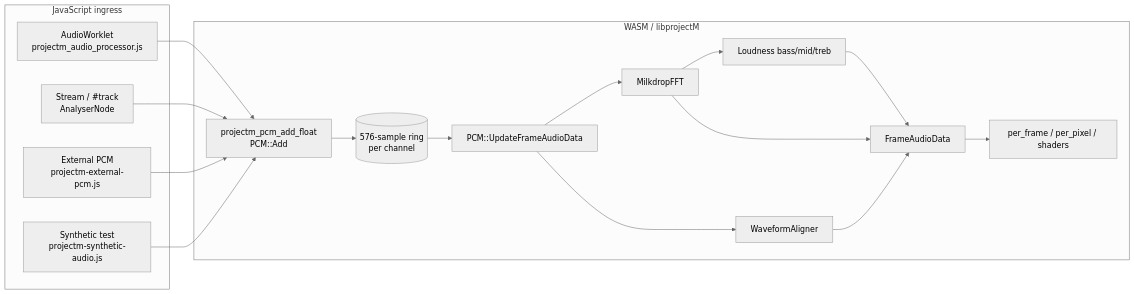
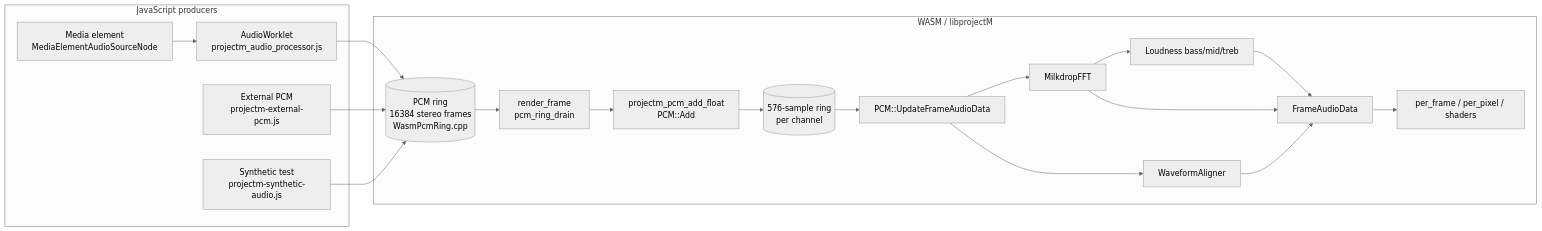
The diagram in docs/AUDIO_PIPELINE.md (ford442/Project-M), drawn with Mermaid (neutral theme) before and after one commit. The commit also changed other lines of this file and 36 other files, not shown here.

````diff
--- a/docs/AUDIO_PIPELINE.md
+++ b/docs/AUDIO_PIPELINE.md
@@ -9,31 +9,35 @@
 ```mermaid
 flowchart LR
-  subgraph ingress [JavaScript ingress]
+  subgraph ingress [JavaScript producers]
     WL[AudioWorklet\nprojectm_audio_processor.js]
-    ST[Stream / #track\nAnalyserNode]
+    ST[Media element\nMediaElementAudioSourceNode]
     EXT[External PCM\nprojectm-external-pcm.js]
     SYN[Synthetic test\nprojectm-synthetic-audio.js]
   end
   subgraph wasm [WASM / libprojectM]
+    PCMRING[(PCM ring\n16384 stereo frames\nWasmPcmRing.cpp)]
+    DRAIN[render_frame\npcm_ring_drain]
     ADD[projectm_pcm_add_float\nPCM::Add]
     RING[(576-sample ring\nper channel)]
     UPD[PCM::UpdateFrameAudioData]
     FFT[MilkdropFFT]
     LOUD[Loudness bass/mid/treb]
     ALIGN[WaveformAligner]
     FRAME[FrameAudioData]
     EQ[per_frame / per_pixel / shaders]
   end
-  WL --> ADD
-  ST --> ADD
-  EXT --> ADD
-  SYN --> ADD
+  WL --> PCMRING
+  ST --> WL
+  EXT --> PCMRING
+  SYN --> PCMRING
+  PCMRING --> DRAIN
+  DRAIN --> ADD
   ADD --> RING
   RING --> UPD
   UPD --> FFT --> LOUD
   UPD --> ALIGN
   FFT --> FRAME
   ALIGN --> FRAME
   LOUD --> FRAME
   FRAME --> EQ
 ```
````
